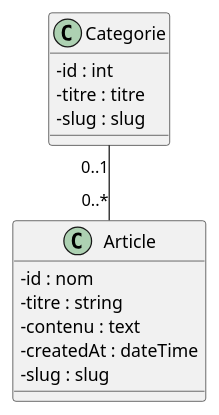
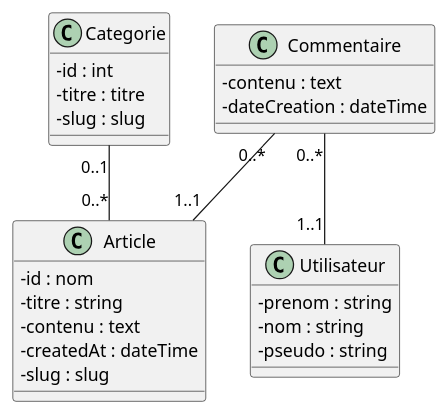
The diagram in documentation/Diagrammedeclasse.puml (Zeqhz/symfonyblog), drawn with PlantUML before and after one commit. The commit also changed 29 other files, not shown here.

```diff
--- a/documentation/Diagrammedeclasse.puml
+++ b/documentation/Diagrammedeclasse.puml
@@ -1,22 +1,34 @@
 @startuml
 'https://plantuml.com/class-diagram
 skinparam classAttributeIconSize 0
 
 
 class Article {
 -id : nom
 -titre : string
 -contenu : text
 -createdAt : dateTime
 -slug : slug
 }
 
 class Categorie {
 -id : int
 -titre : titre
 -slug : slug
 }
 Categorie "0..1"--"0..*" Article
 
+class Commentaire {
+-contenu : text
+-dateCreation : dateTime
+}
+Commentaire "0..*"--"1..1" Article
+
+class Utilisateur {
+-prenom : string
+-nom : string
+-pseudo : string
+}
+Commentaire "0..*"--"1..1" Utilisateur
 
 @enduml
```
